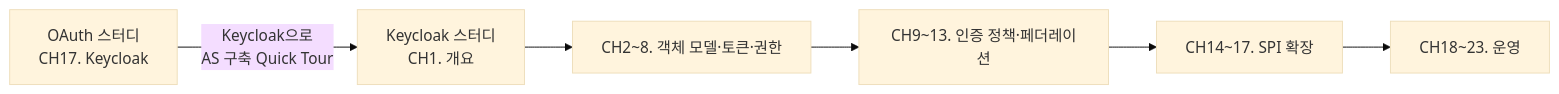
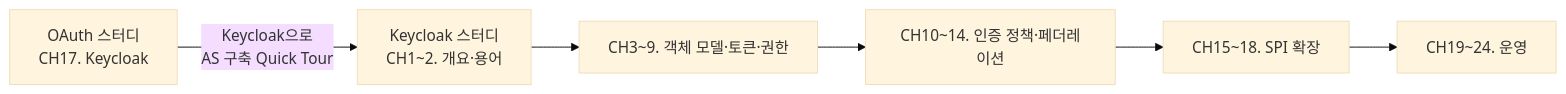
One commit to hobeen-kim/hobeen-kim.github.io changed the second of 2 diagrams in docs/_study/keycloak/01-overview.md. Above: the diagram before and after it, drawn with Mermaid (base theme). The commit also changed other lines of this file and 25 other files, not shown here.

````diff
--- a/docs/_study/keycloak/01-overview.md
+++ b/docs/_study/keycloak/01-overview.md
@@ -127,8 +127,8 @@
 ```mermaid
 flowchart LR
-    OAuth[OAuth 스터디<br>CH17. Keycloak] -->|"Keycloak으로<br>AS 구축 Quick Tour"| KC1[Keycloak 스터디<br>CH1. 개요]
-    KC1 --> KC2[CH2~8. 객체 모델·토큰·권한]
-    KC2 --> KC3[CH9~13. 인증 정책·페더레이션]
-    KC3 --> KC4[CH14~17. SPI 확장]
-    KC4 --> KC5[CH18~23. 운영]
+    OAuth[OAuth 스터디<br>CH17. Keycloak] -->|"Keycloak으로<br>AS 구축 Quick Tour"| KC1[Keycloak 스터디<br>CH1~2. 개요·용어]
+    KC1 --> KC2[CH3~9. 객체 모델·토큰·권한]
+    KC2 --> KC3[CH10~14. 인증 정책·페더레이션]
+    KC3 --> KC4[CH15~18. SPI 확장]
+    KC4 --> KC5[CH19~24. 운영]
 ```
````
